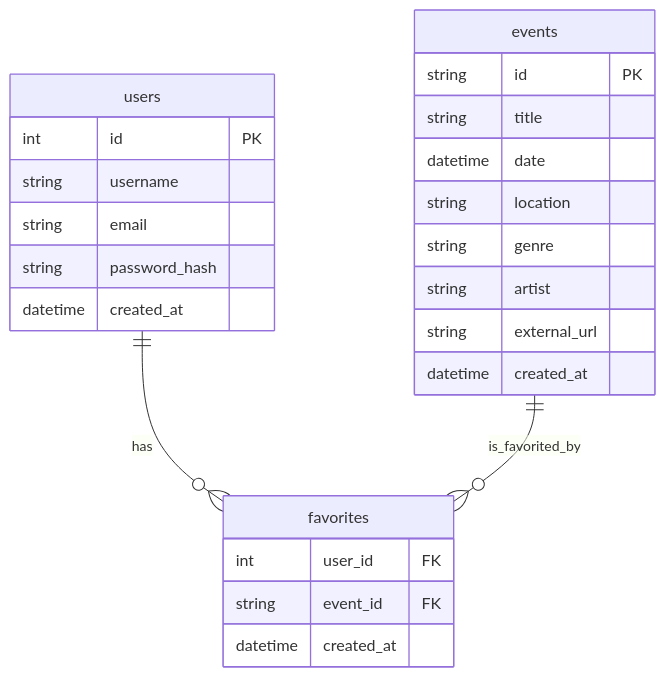
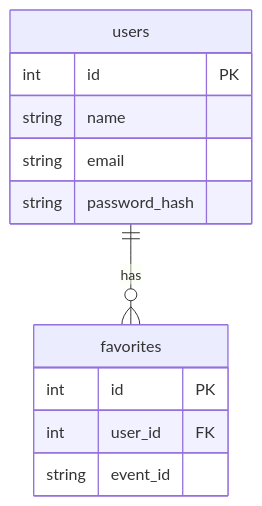
The diagram in Sites/Teil 3 Realisierung.md (lauradubach/Semesterarbeit3), drawn with Mermaid before and after one commit. The commit also changed other lines of this file and 11 other files, not shown here.

````diff
--- a/Sites/Teil 3 Realisierung.md
+++ b/Sites/Teil 3 Realisierung.md
@@ -28,29 +33,17 @@
 ```mermaid
 erDiagram
     users ||--o{ favorites : has
-    events ||--o{ favorites : is_favorited_by
 
     users {
         int id PK
-        string username
+        string name
         string email
         string password_hash
-        datetime created_at
-    }
-    events {
-        string id PK
-        string title
-        datetime date
-        string location
-        string genre
-        string artist
-        string external_url
-        datetime created_at
     }
 
     favorites {
+        int id PK
         int user_id FK
-        string event_id FK
-        datetime created_at
+        string event_id
     }
 ```
````
